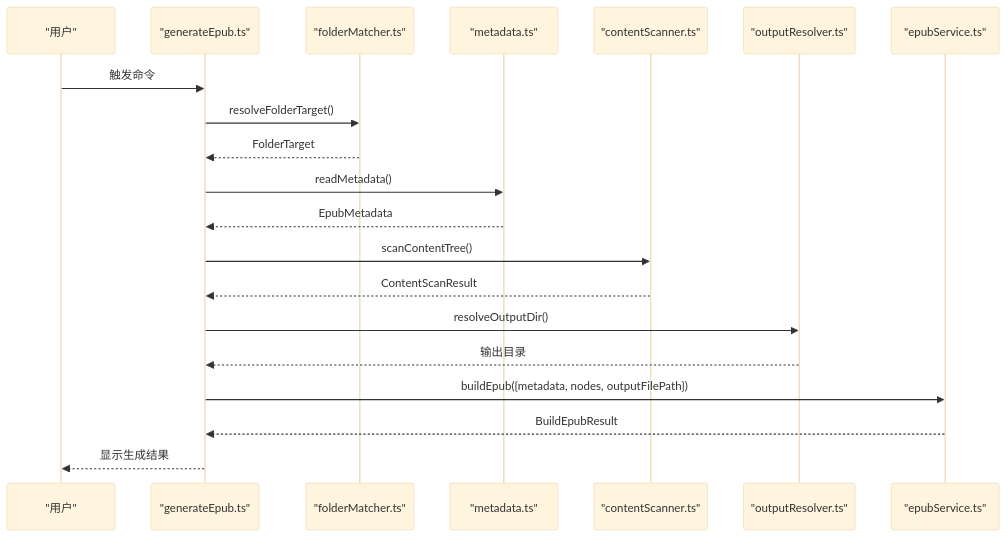
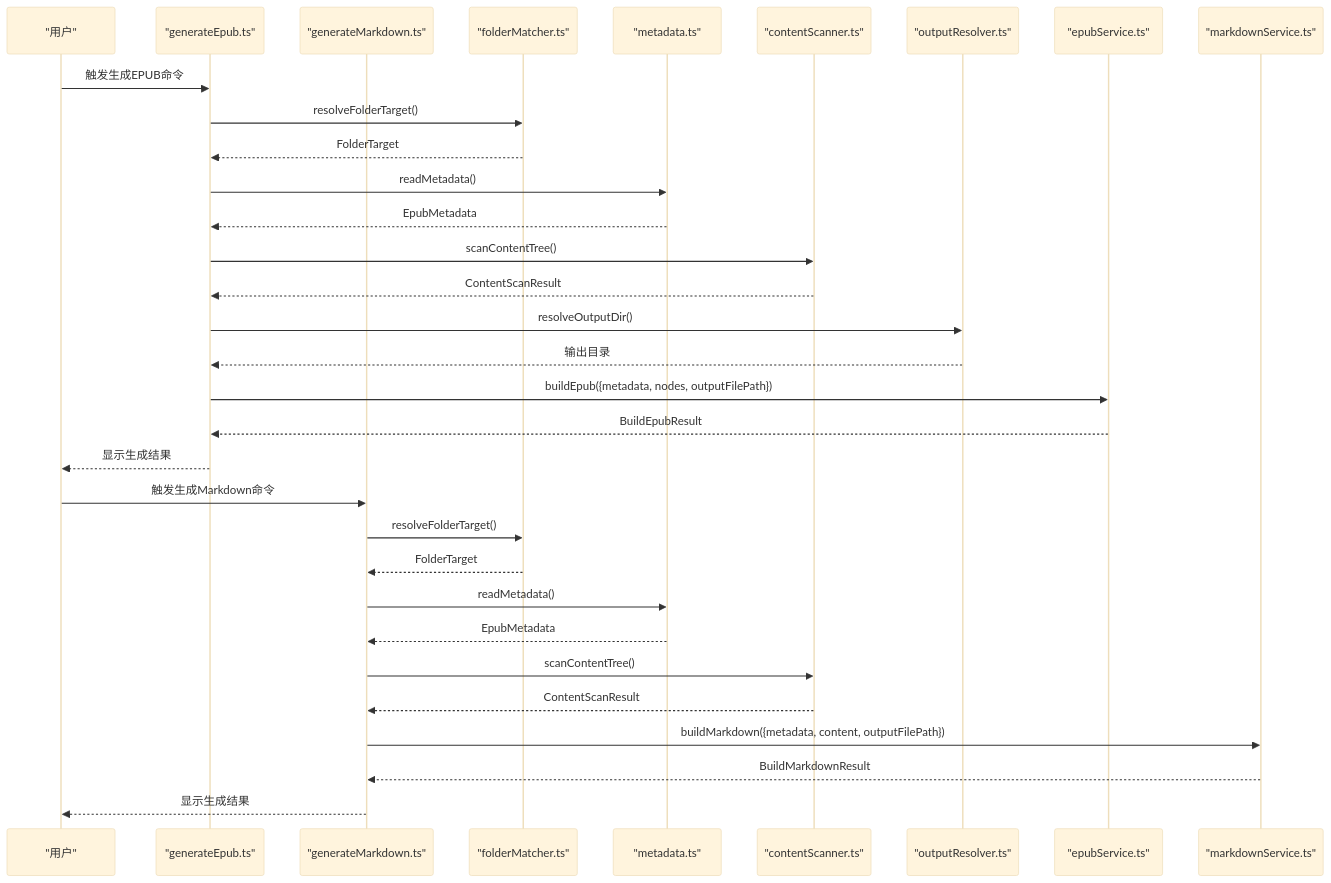
One commit to someok/vscode-folder2epub changed the second of 3 diagrams in .qoder/repowiki/zh/content/API 参考文档/服务 API.md. Above: the diagram before and after it, drawn with Mermaid (base theme). The commit also changed other lines of this file and 4 other files, not shown here.

````diff
--- a/.qoder/repowiki/zh/content/API 参考文档/服务 API.md
+++ b/.qoder/repowiki/zh/content/API 参考文档/服务 API.md
@@ -177,22 +208,34 @@
 ```mermaid
 sequenceDiagram
 participant User as "用户"
-participant Cmd as "generateEpub.ts"
+participant CmdGen as "generateEpub.ts"
+participant CmdMd as "generateMarkdown.ts"
 participant FM as "folderMatcher.ts"
 participant Meta as "metadata.ts"
 participant Scan as "contentScanner.ts"
 participant Out as "outputResolver.ts"
 participant EPUB as "epubService.ts"
-User->>Cmd : 触发命令
-Cmd->>FM : resolveFolderTarget()
-FM-->>Cmd : FolderTarget
-Cmd->>Meta : readMetadata()
-Meta-->>Cmd : EpubMetadata
-Cmd->>Scan : scanContentTree()
-Scan-->>Cmd : ContentScanResult
-Cmd->>Out : resolveOutputDir()
-Out-->>Cmd : 输出目录
-Cmd->>EPUB : buildEpub({metadata, nodes, outputFilePath})
-EPUB-->>Cmd : BuildEpubResult
-Cmd-->>User : 显示生成结果
+participant MD as "markdownService.ts"
+User->>CmdGen : 触发生成EPUB命令
+CmdGen->>FM : resolveFolderTarget()
+FM-->>CmdGen : FolderTarget
+CmdGen->>Meta : readMetadata()
+Meta-->>CmdGen : EpubMetadata
+CmdGen->>Scan : scanContentTree()
+Scan-->>CmdGen : ContentScanResult
+CmdGen->>Out : resolveOutputDir()
+Out-->>CmdGen : 输出目录
+CmdGen->>EPUB : buildEpub({metadata, nodes, outputFilePath})
+EPUB-->>CmdGen : BuildEpubResult
+CmdGen-->>User : 显示生成结果
+User->>CmdMd : 触发生成Markdown命令
+CmdMd->>FM : resolveFolderTarget()
+FM-->>CmdMd : FolderTarget
+CmdMd->>Meta : readMetadata()
+Meta-->>CmdMd : EpubMetadata
+CmdMd->>Scan : scanContentTree()
+Scan-->>CmdMd : ContentScanResult
+CmdMd->>MD : buildMarkdown({metadata, content, outputFilePath})
+MD-->>CmdMd : BuildMarkdownResult
+CmdMd-->>User : 显示生成结果
 ```
````
